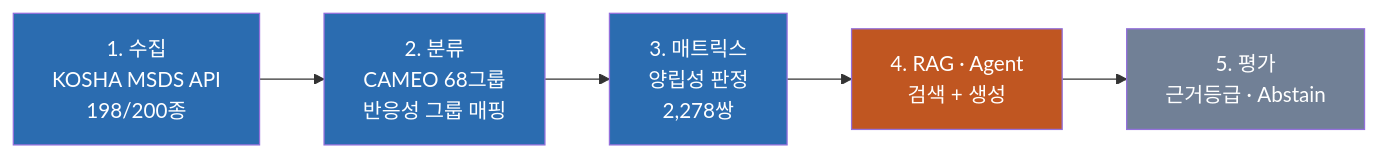
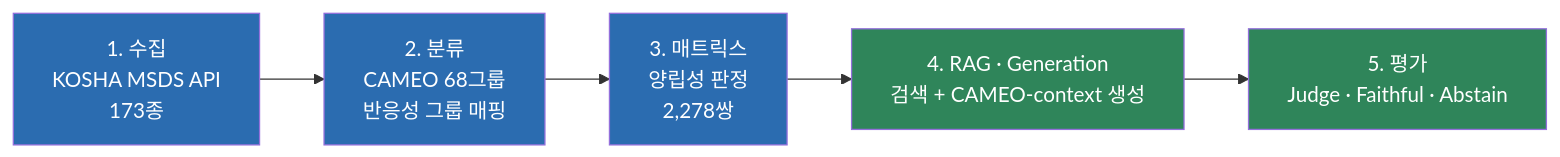
The diagram in README.md (mungn0603-code/SMART_MSDS), drawn with Mermaid before and after one commit. The commit also changed other lines of this file and 143 other files, not shown here.

First line of the commit message:
refactor(repo): 저장소 구조 재편 + Generation CAMEO-context 전환 완료

````diff
--- a/README.md
+++ b/README.md
@@ -39,13 +35,13 @@
 ```mermaid
 flowchart LR
-    A["1. 수집\nKOSHA MSDS API\n198/200종"] --> B["2. 분류\nCAMEO 68그룹\n반응성 그룹 매핑"]
+    A["1. 수집\nKOSHA MSDS API\n173종"] --> B["2. 분류\nCAMEO 68그룹\n반응성 그룹 매핑"]
     B --> C["3. 매트릭스\n양립성 판정\n2,278쌍"]
-    C --> D["4. RAG · Agent\n검색 + 생성"]
-    D --> E["5. 평가\n근거등급 · Abstain"]
+    C --> D["4. RAG · Generation\n검색 + CAMEO-context 생성"]
+    D --> E["5. 평가\nJudge · Faithful · Abstain"]
 
     style A fill:#2b6cb0,color:#fff
     style B fill:#2b6cb0,color:#fff
     style C fill:#2b6cb0,color:#fff
-    style D fill:#c05621,color:#fff
-    style E fill:#718096,color:#fff
+    style D fill:#2f855a,color:#fff
+    style E fill:#2f855a,color:#fff
 ```
````
